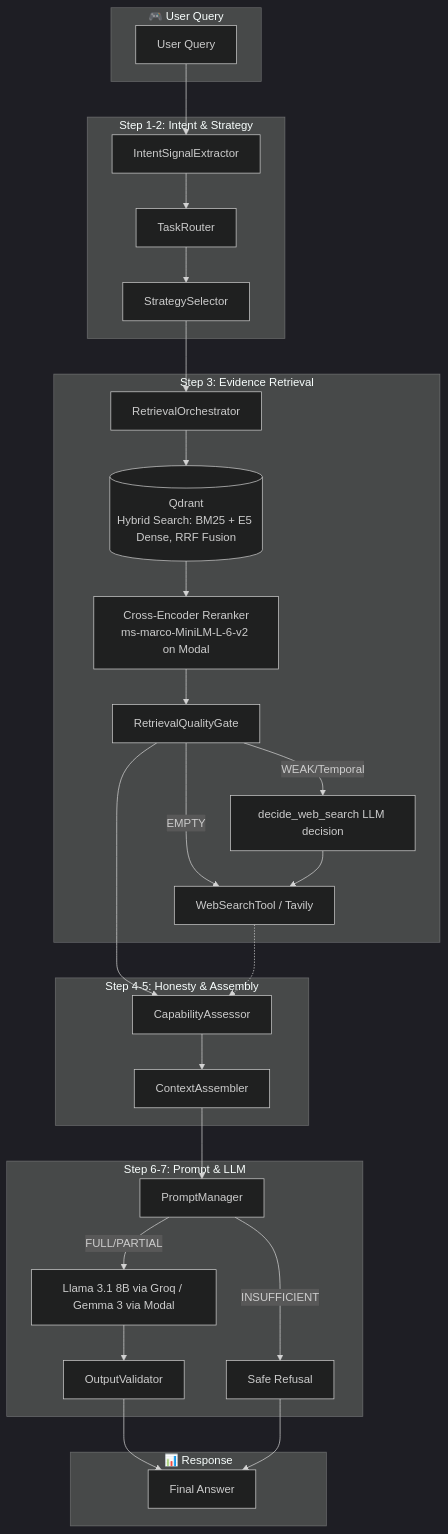
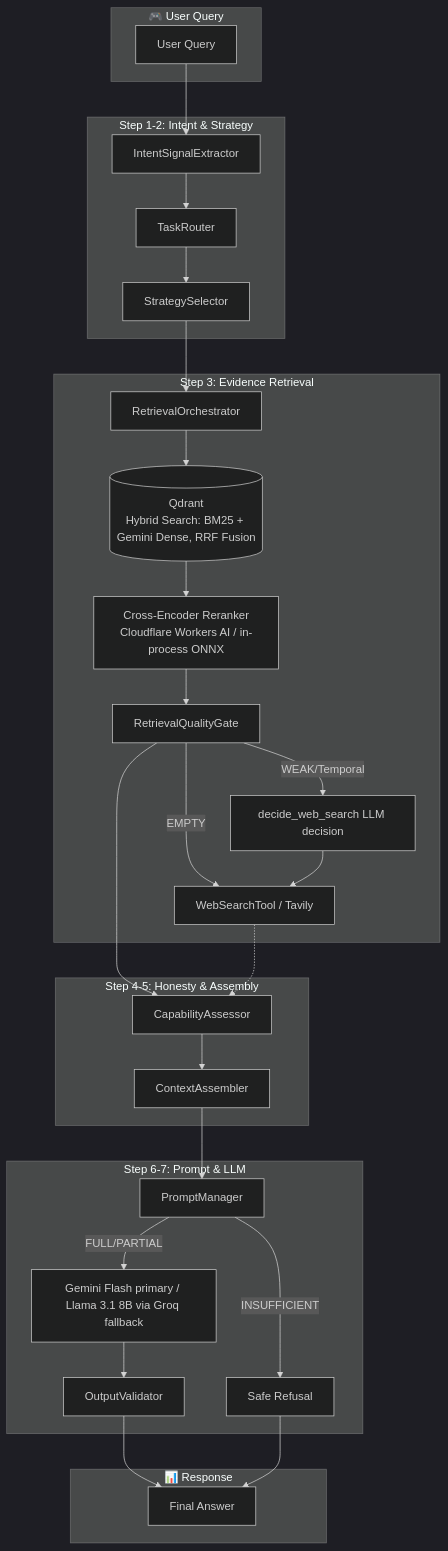
Before and after one commit to SukeshShetty1010/RAGent: the first of 2 diagrams in README.md, drawn with Mermaid (dark theme). The commit also changed other lines of this file and 4 other files, not shown here.

````diff
--- a/README.md
+++ b/README.md
@@ -29,54 +29,54 @@
 ```mermaid
 flowchart TB
     subgraph Input["🎮 User Query"]
         Q[User Query]
     end
     
     subgraph Routing["Step 1-2: Intent & Strategy"]
         IE[IntentSignalExtractor]
         TR[TaskRouter]
         SS[StrategySelector]
         Q --> IE
         IE --> TR
         TR --> SS
     end
     
     subgraph Retrieval["Step 3: Evidence Retrieval"]
         RO[RetrievalOrchestrator]
-        WV[(Qdrant<br/>Hybrid Search: BM25 + E5 Dense, RRF Fusion)]
-        RR[Cross-Encoder Reranker<br/>ms-marco-MiniLM-L-6-v2 on Modal]
+        WV[(Qdrant<br/>Hybrid Search: BM25 + Gemini Dense, RRF Fusion)]
+        RR[Cross-Encoder Reranker<br/>Cloudflare Workers AI / in-process ONNX]
         QG[RetrievalQualityGate]
         WD[decide_web_search LLM decision]
         WS[WebSearchTool / Tavily]
         SS --> RO
         RO --> WV
         WV --> RR
         RR --> QG
         QG -->|EMPTY| WS
         QG -->|WEAK/Temporal| WD
         WD --> WS
     end
     
     subgraph Assessment["Step 4-5: Honesty & Assembly"]
         CA[CapabilityAssessor]
         CTX[ContextAssembler]
         QG --> CA
         WS -.-> CA
         CA --> CTX
     end
     
     subgraph Generation["Step 6-7: Prompt & LLM"]
         PM[PromptManager]
-        LLM[Llama 3.1 8B via Groq / Gemma 3 via Modal]
+        LLM[Gemini Flash primary / Llama 3.1 8B via Groq fallback]
         OV[OutputValidator]
         CTX --> PM
         PM -->|FULL/PARTIAL| LLM
         PM -->|INSUFFICIENT| REF[Safe Refusal]
         LLM --> OV
     end
     
     subgraph Output["📊 Response"]
         OV --> ANS[Final Answer]
         REF --> ANS
     end
 ```
````
